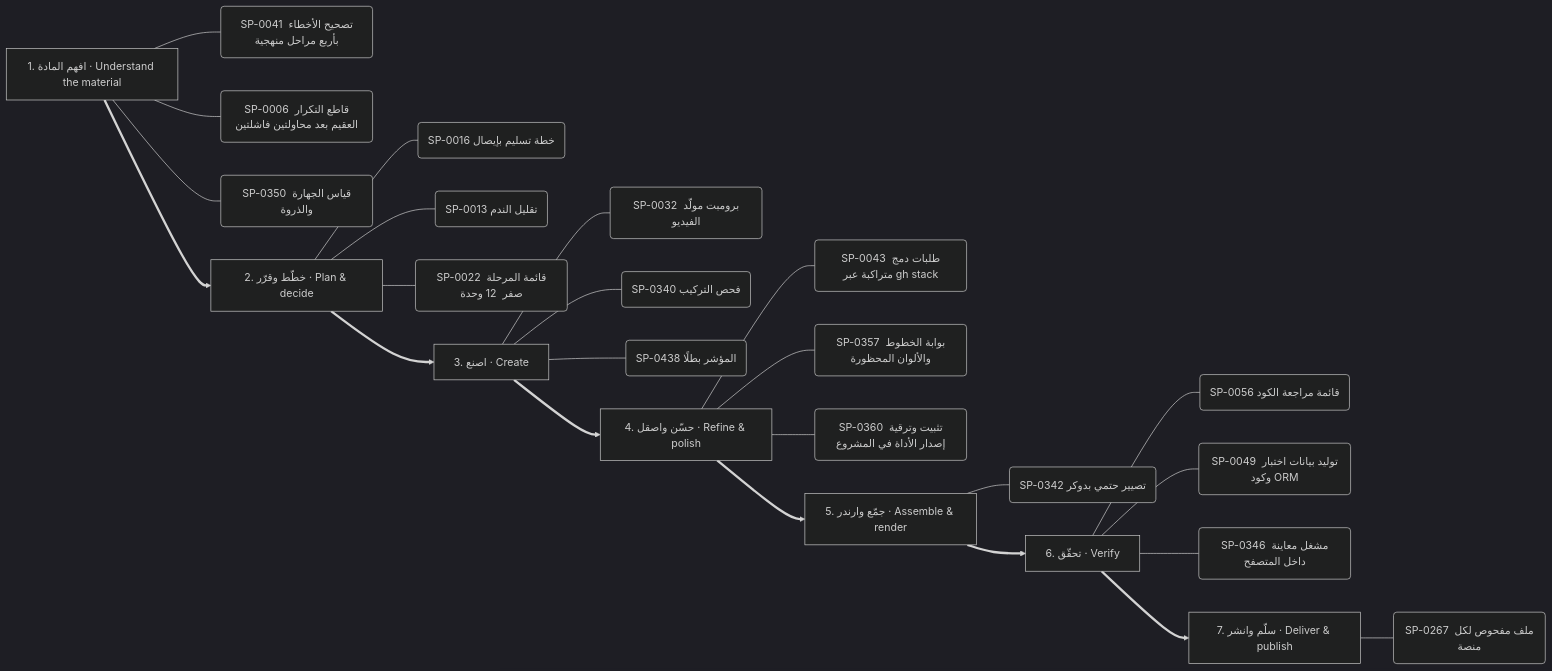
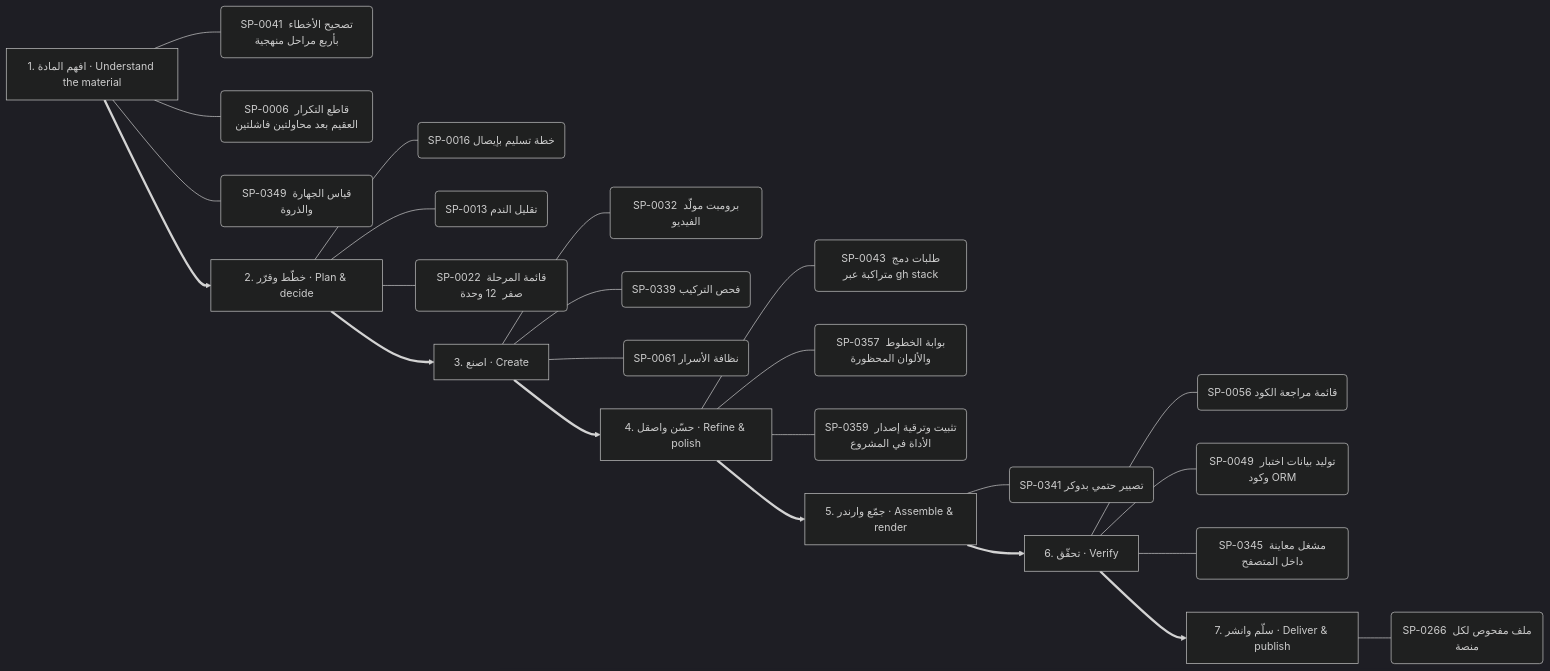
The tenth of 13 diagrams in .claude/skills/kosif-superpowers/references/capability-mindmap.md (kosif199022-jpg/kosif-tool), drawn with Mermaid (dark theme) before and after one commit. The commit also changed other lines of this file and 41 other files, not shown here.

````diff
--- a/.claude/skills/kosif-superpowers/references/capability-mindmap.md
+++ b/.claude/skills/kosif-superpowers/references/capability-mindmap.md
@@ -501,33 +502,33 @@
 ```mermaid
 flowchart LR
   S0["1. افهم المادة · Understand the material"]
   S0 --- S0_0("SP-0041 تصحيح الأخطاء بأربع مراحل منهجية")
   S0 --- S0_1("SP-0006 قاطع التكرار العقيم بعد محاولتين فاشلتين")
-  S0 --- S0_2("SP-0350 قياس الجهارة والذروة")
+  S0 --- S0_2("SP-0349 قياس الجهارة والذروة")
   S1["2. خطّط وقرّر · Plan & decide"]
   S1 --- S1_0("SP-0016 خطة تسليم بإيصال")
   S1 --- S1_1("SP-0013 تقليل الندم")
   S1 --- S1_2("SP-0022 قائمة المرحلة صفر  12 وحدة ")
   S0 ==> S1
   S2["3. اصنع · Create"]
   S2 --- S2_0("SP-0032 برومبت مولّد الفيديو")
-  S2 --- S2_1("SP-0340 فحص التركيب")
-  S2 --- S2_2("SP-0438 المؤشر بطلًا")
+  S2 --- S2_1("SP-0339 فحص التركيب")
+  S2 --- S2_2("SP-0061 نظافة الأسرار")
   S1 ==> S2
   S3["4. حسّن واصقل · Refine & polish"]
   S3 --- S3_0("SP-0043 طلبات دمج متراكبة عبر gh stack")
   S3 --- S3_1("SP-0357 بوابة الخطوط والألوان المحظورة")
-  S3 --- S3_2("SP-0360 تثبيت وترقية إصدار الأداة في المشروع")
+  S3 --- S3_2("SP-0359 تثبيت وترقية إصدار الأداة في المشروع")
   S2 ==> S3
   S4["5. جمّع وارندر · Assemble & render"]
-  S4 --- S4_0("SP-0342 تصيير حتمي بدوكر")
+  S4 --- S4_0("SP-0341 تصيير حتمي بدوكر")
   S3 ==> S4
   S5["6. تحقّق · Verify"]
   S5 --- S5_0("SP-0056 قائمة مراجعة الكود")
   S5 --- S5_1("SP-0049 توليد بيانات اختبار وكود ORM")
-  S5 --- S5_2("SP-0346 مشغل معاينة داخل المتصفح")
+  S5 --- S5_2("SP-0345 مشغل معاينة داخل المتصفح")
   S4 ==> S5
   S6["7. سلّم وانشر · Deliver & publish"]
-  S6 --- S6_0("SP-0267 ملف مفحوص لكل منصة")
+  S6 --- S6_0("SP-0266 ملف مفحوص لكل منصة")
   S5 ==> S6
 ```
````
